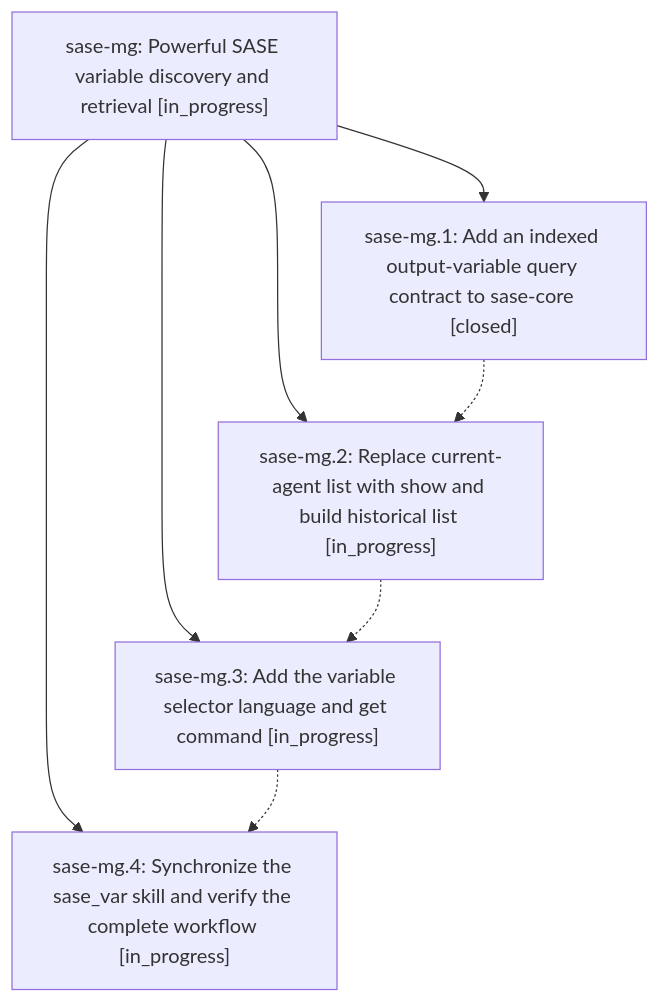
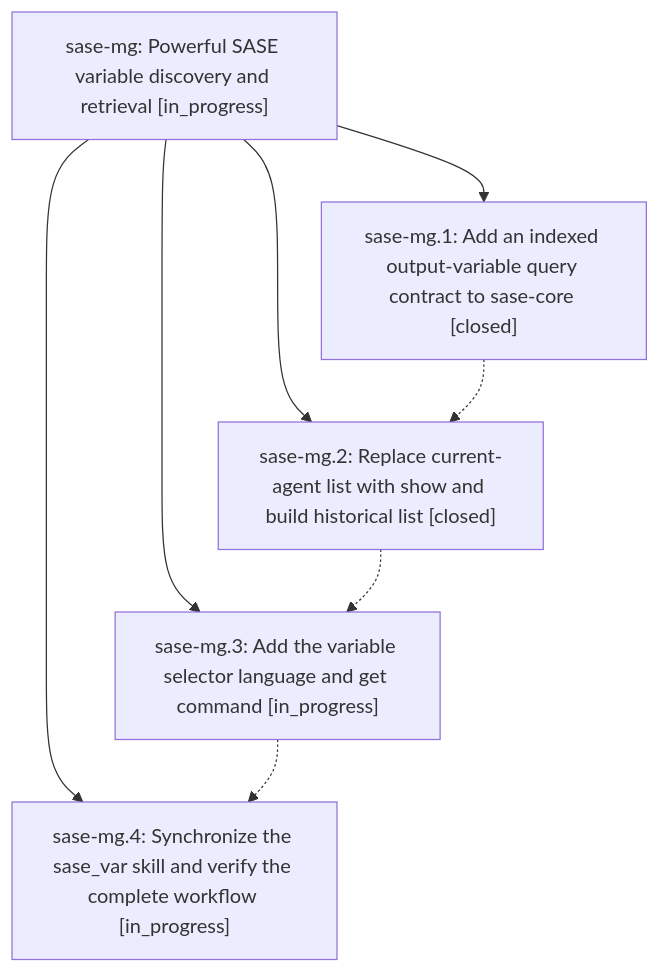
One commit to sase-org/sase--beads changed the diagram in pages/sase-mg/README.md. Above: the diagram before and after it, drawn with Mermaid. The commit also changed other lines of this file and 3 other files, not shown here.

````diff
--- a/pages/sase-mg/README.md
+++ b/pages/sase-mg/README.md
@@ -25,15 +25,15 @@
 ```mermaid
 flowchart TD
     n0["sase-mg: Powerful SASE variable discovery and retrieval [in_progress]"]
     n1["sase-mg.1: Add an indexed output-variable query contract to sase-core [closed]"]
-    n2["sase-mg.2: Replace current-agent list with show and build historical list [in_progress]"]
+    n2["sase-mg.2: Replace current-agent list with show and build historical list [closed]"]
     n3["sase-mg.3: Add the variable selector language and get command [in_progress]"]
     n4["sase-mg.4: Synchronize the sase_var skill and verify the complete workflow [in_progress]"]
     n0 --> n1
     n0 --> n2
     n0 --> n3
     n0 --> n4
     n1 -.-> n2
     n2 -.-> n3
     n3 -.-> n4
 ```
````
